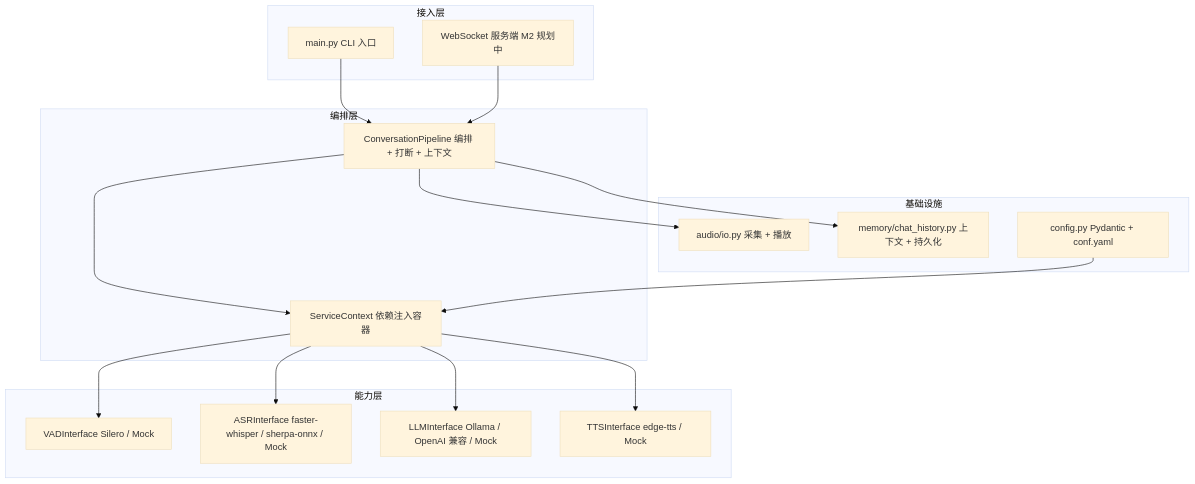
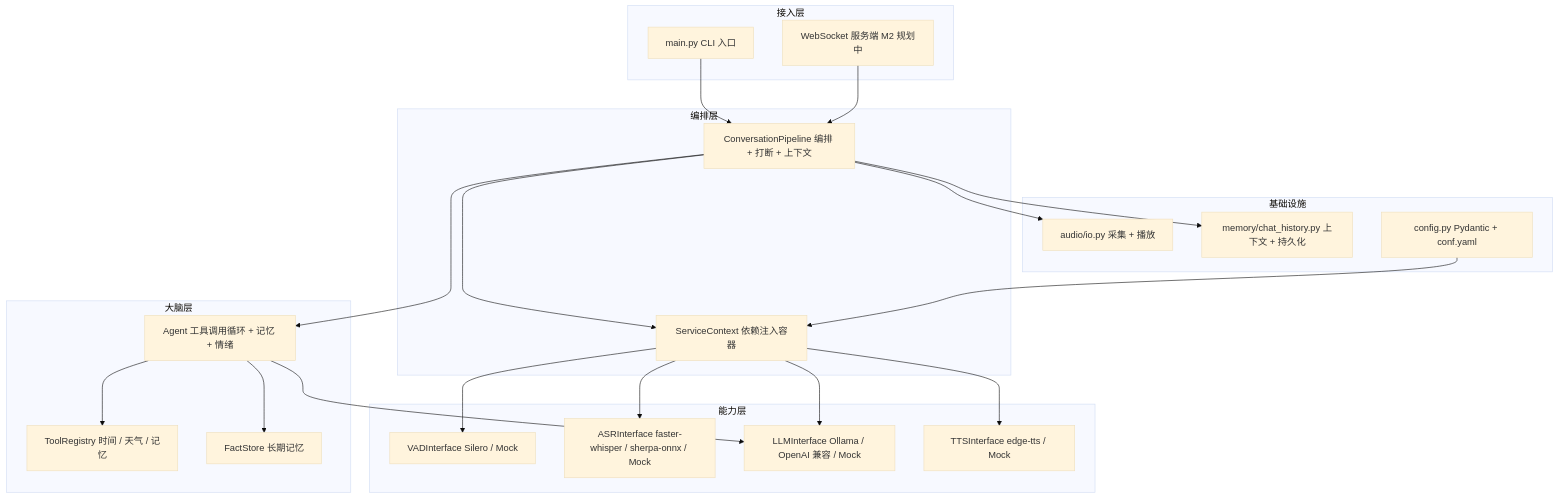
The first of 4 diagrams in docs/架构设计.md (Alkaid-Huang/echo-voice-assistant), drawn with Mermaid (base theme) before and after one commit. The commit also changed other lines of this file and 15 other files, not shown here.

````diff
--- a/docs/架构设计.md
+++ b/docs/架构设计.md
@@ -9,32 +9,41 @@
 ```mermaid
 flowchart TB
     subgraph 接入层
         CLI[main.py CLI 入口]
         WS[WebSocket 服务端 M2 规划中]
     end
     subgraph 编排层
         PIPE[ConversationPipeline 编排 + 打断 + 上下文]
         CTX[ServiceContext 依赖注入容器]
     end
     subgraph 能力层
         VAD[VADInterface Silero / Mock]
         ASR[ASRInterface faster-whisper / sherpa-onnx / Mock]
         LLM[LLMInterface Ollama / OpenAI 兼容 / Mock]
         TTS[TTSInterface edge-tts / Mock]
     end
+    subgraph 大脑层
+        AGENT[Agent 工具调用循环 + 记忆 + 情绪]
+        TOOLS[ToolRegistry 时间 / 天气 / 记忆]
+        FACTS[FactStore 长期记忆]
+    end
     subgraph 基础设施
         AUDIO[audio/io.py 采集 + 播放]
         MEM[memory/chat_history.py 上下文 + 持久化]
         CONF[config.py Pydantic + conf.yaml]
     end
     CLI --> PIPE
     WS --> PIPE
     PIPE --> CTX
     CTX --> VAD
     CTX --> ASR
     CTX --> LLM
     CTX --> TTS
+    PIPE --> AGENT
+    AGENT --> LLM
+    AGENT --> TOOLS
+    AGENT --> FACTS
     PIPE --> AUDIO
     PIPE --> MEM
     CONF --> CTX
 ```
````
